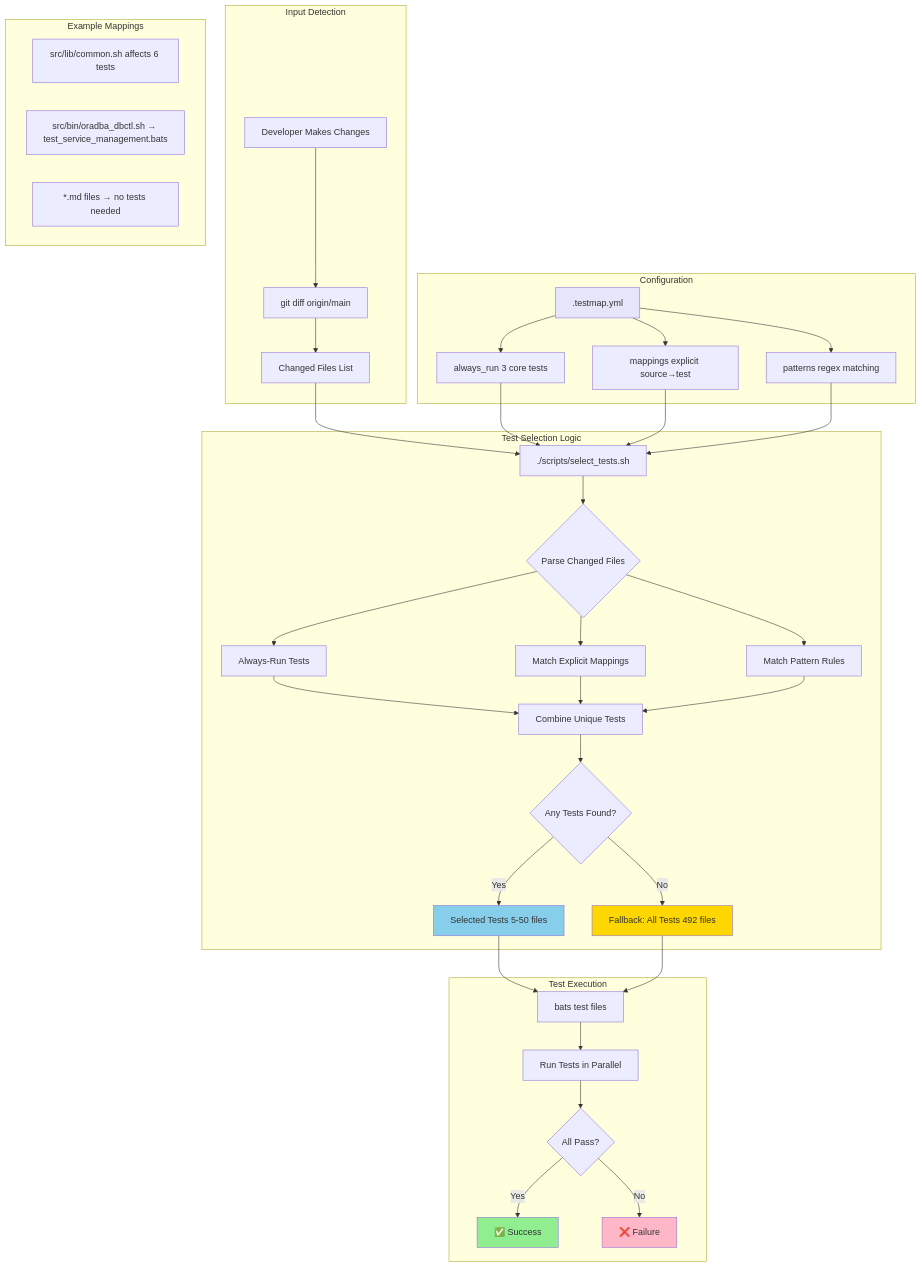
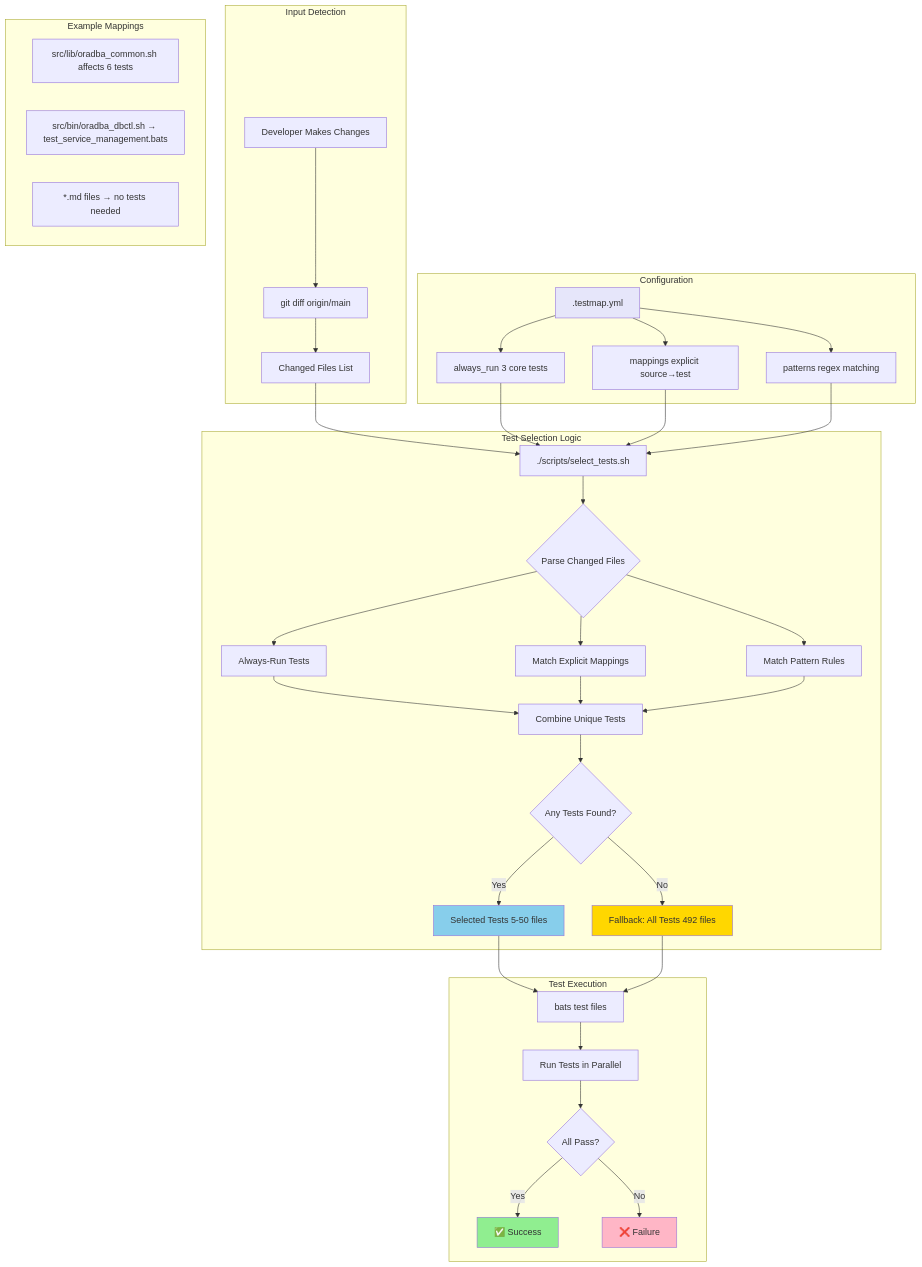
One commit to oehrlis/oradba changed the second of 13 diagrams in doc/images/source/diagrams-mermaid.md. Above: the diagram before and after it, drawn with Mermaid. The commit also changed other lines of this file and 35 other files, not shown here.

````diff
--- a/doc/images/source/diagrams-mermaid.md
+++ b/doc/images/source/diagrams-mermaid.md
@@ -80,55 +80,55 @@
 ```mermaid
 flowchart TB
     subgraph Input["Input Detection"]
         A[Developer Makes Changes] --> B[git diff origin/main]
         B --> C[Changed Files List]
     end
     
     subgraph Config["Configuration"]
         D[.testmap.yml]
         D --> E[always_run 3 core tests]
         D --> F[mappings explicit source→test]
         D --> G[patterns regex matching]
     end
     
     subgraph Selection["Test Selection Logic"]
         C --> H[./scripts/select_tests.sh]
         E --> H
         F --> H
         G --> H
         
         H --> I{Parse Changed Files}
         I --> J[Always-Run Tests]
         I --> K[Match Explicit Mappings]
         I --> L[Match Pattern Rules]
         
         J --> M[Combine Unique Tests]
         K --> M
         L --> M
         
         M --> N{Any Tests Found?}
         N -->|Yes| O[Selected Tests 5-50 files]
         N -->|No| P[Fallback: All Tests 492 files]
     end
     
     subgraph Execution["Test Execution"]
         O --> Q[bats test files]
         P --> Q
         Q --> R[Run Tests in Parallel]
         R --> S{All Pass?}
         S -->|Yes| T[✅ Success]
         S -->|No| U[❌ Failure]
     end
     
     subgraph Examples["Example Mappings"]
-        V[src/lib/common.sh affects 6 tests]
+        V[src/lib/oradba_common.sh affects 6 tests]
         W[src/bin/oradba_dbctl.sh → test_service_management.bats]
         X[*.md files → no tests needed]
     end
     
     style T fill:#90EE90
     style U fill:#FFB6C6
     style O fill:#87CEEB
     style P fill:#FFD700
     style D fill:#E6E6FA
 ```
````
